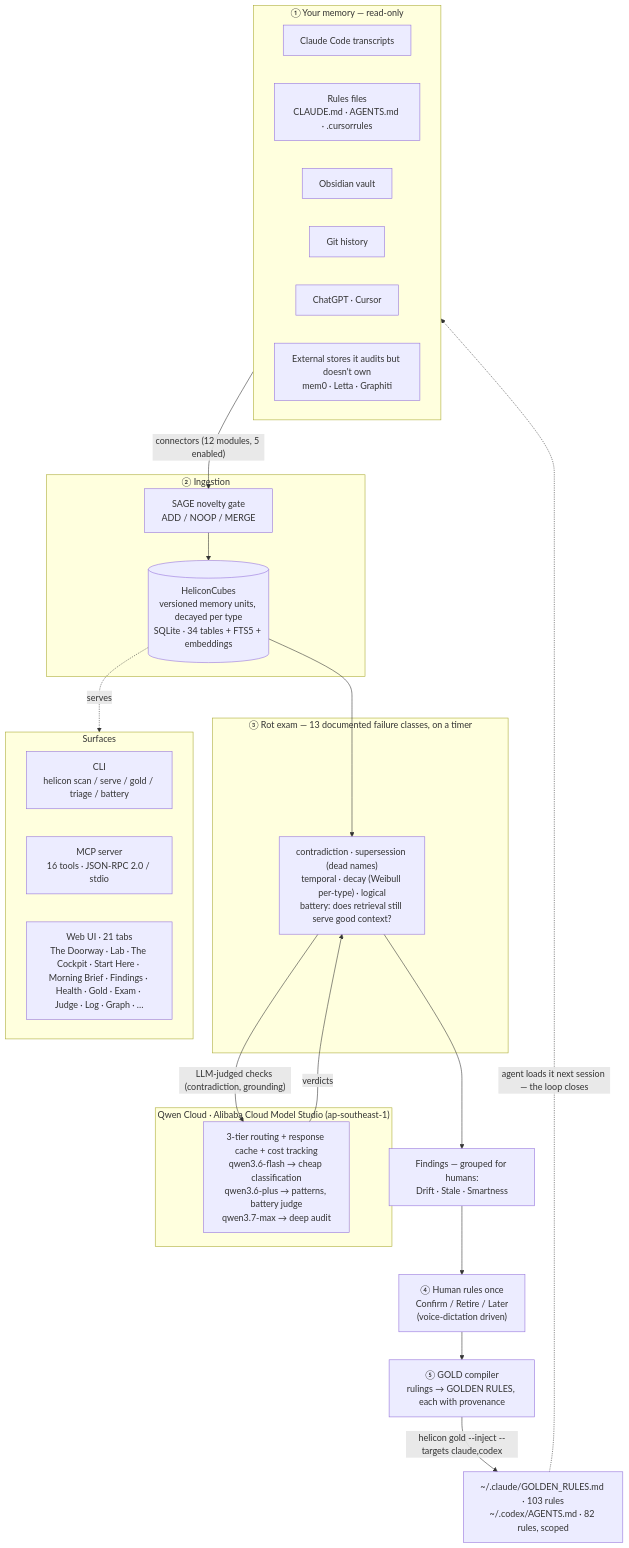
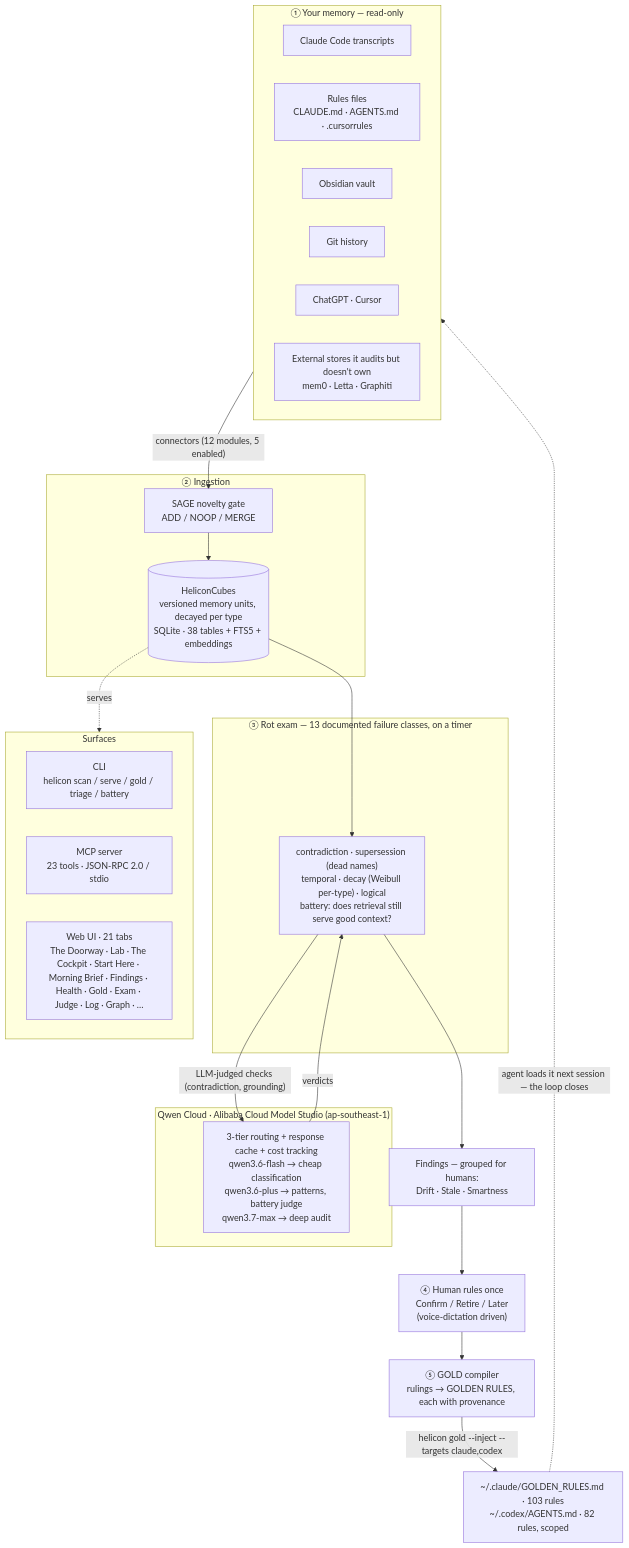
Before and after one commit to Morkeeth/mountain-of-helicon: the first of 2 diagrams in ARCHITECTURE.md, drawn with Mermaid. The commit also changed other lines of this file and 18 other files, not shown here.

````diff
--- a/ARCHITECTURE.md
+++ b/ARCHITECTURE.md
@@ -11,45 +11,45 @@
 ```mermaid
 flowchart TD
   subgraph SRC["① Your memory — read-only"]
     A1["Claude Code transcripts"]
     A2["Rules files<br/>CLAUDE.md · AGENTS.md · .cursorrules"]
     A3["Obsidian vault"]
     A4["Git history"]
     A5["ChatGPT · Cursor"]
     A6["External stores it audits but doesn't own<br/>mem0 · Letta · Graphiti"]
   end
 
   SRC -->|"connectors (12 modules, 5 enabled)"| GATE
 
   subgraph INGEST["② Ingestion"]
     GATE["SAGE novelty gate<br/>ADD / NOOP / MERGE"]
-    CUBES[("HeliconCubes<br/>versioned memory units, decayed per type<br/>SQLite · 34 tables + FTS5 + embeddings")]
+    CUBES[("HeliconCubes<br/>versioned memory units, decayed per type<br/>SQLite · 38 tables + FTS5 + embeddings")]
     GATE --> CUBES
   end
 
   CUBES --> EXAM
 
   subgraph AUDIT["③ Rot exam — 13 documented failure classes, on a timer"]
     EXAM["contradiction · supersession (dead names)<br/>temporal · decay (Weibull per-type) · logical<br/>battery: does retrieval still serve good context?"]
   end
 
   EXAM -->|"LLM-judged checks (contradiction, grounding)"| QWEN
   QWEN -->|verdicts| EXAM
 
   subgraph QWENC["Qwen Cloud · Alibaba Cloud Model Studio (ap-southeast-1)"]
     QWEN["3-tier routing + response cache + cost tracking<br/>qwen3.6-flash → cheap classification<br/>qwen3.6-plus → patterns, battery judge<br/>qwen3.7-max → deep audit"]
   end
 
   EXAM --> FIND["Findings — grouped for humans:<br/>Drift · Stale · Smartness"]
   FIND --> HUMAN["④ Human rules once<br/>Confirm / Retire / Later<br/>(voice-dictation driven)"]
   HUMAN --> GOLD["⑤ GOLD compiler<br/>rulings → GOLDEN RULES, each with provenance"]
   GOLD -->|"helicon gold --inject --targets claude,codex"| INJECT["~/.claude/GOLDEN_RULES.md · 103 rules<br/>~/.codex/AGENTS.md · 82 rules, scoped"]
   INJECT -.->|"agent loads it next session — the loop closes"| SRC
 
   CUBES -.serves.-> SURF
   subgraph SURF["Surfaces"]
     CLI["CLI<br/>helicon scan / serve / gold / triage / battery"]
-    MCP["MCP server<br/>16 tools · JSON-RPC 2.0 / stdio"]
+    MCP["MCP server<br/>23 tools · JSON-RPC 2.0 / stdio"]
     WEB["Web UI · 21 tabs<br/>The Doorway · Lab · The Cockpit · Start Here · Morning Brief · Findings · Health · Gold · Exam · Judge · Log · Graph · …"]
   end
 ```
````
